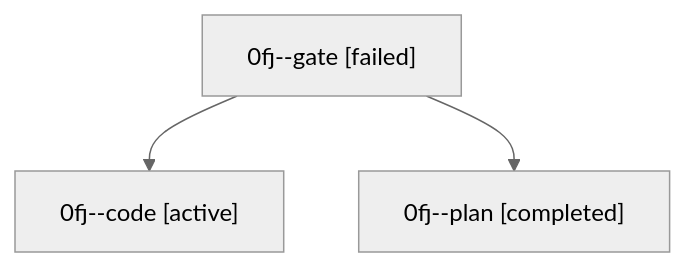
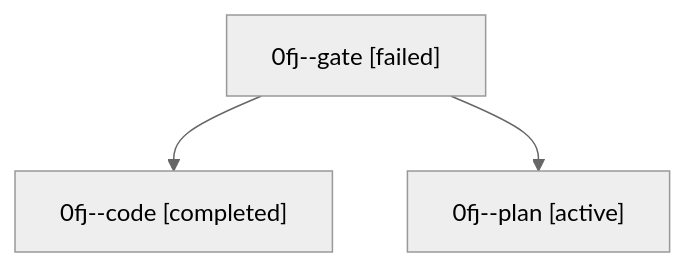
One commit to bobs-org/bob-cli--agents changed the diagram in families/bbugyi200.athena.0fj.md. Above: the diagram before and after it, drawn with Mermaid (neutral theme). The commit also changed other lines of this file and 1279 other files, not shown here.

````diff
--- a/families/bbugyi200.athena.0fj.md
+++ b/families/bbugyi200.athena.0fj.md
@@ -9,8 +9,8 @@
 ```mermaid
 flowchart TD
   n0["0fj--gate [failed]"]
-  n1["0fj--code [active]"]
+  n1["0fj--code [completed]"]
   n0 --> n1
-  n2["0fj--plan [completed]"]
+  n2["0fj--plan [active]"]
   n0 --> n2
 ```
````
